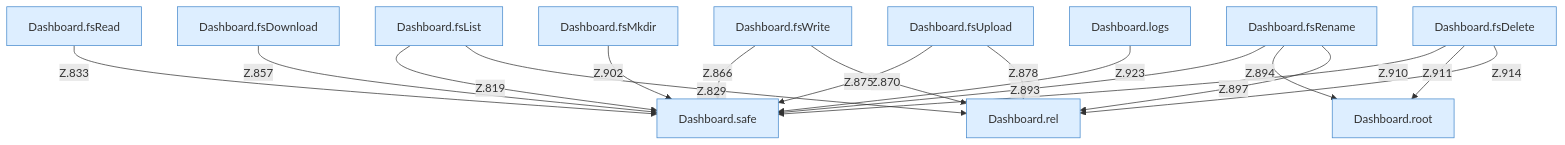
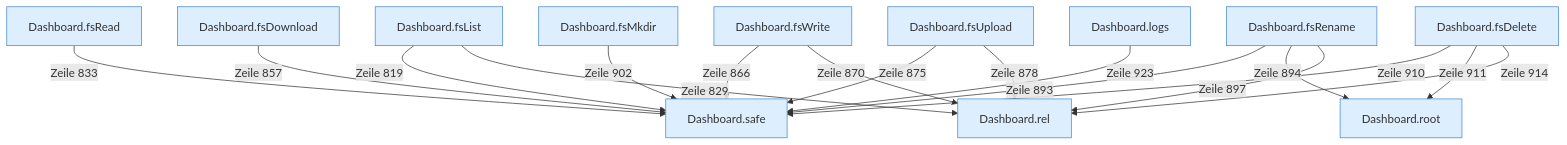
Before and after one commit to PrinceDiamant/minecraft-serverhoster-plugin: the diagram in API-Dateien.md, drawn with Mermaid. The commit also changed other lines of this file and 2005 other files, not shown here.

````diff
--- a/API-Dateien.md
+++ b/API-Dateien.md
@@ -5,33 +5,33 @@
 ```mermaid
 flowchart TD
   n1["Dashboard.root"]:::internal-link
   n2["Dashboard.safe"]:::internal-link
   n3["Dashboard.rel"]:::internal-link
   n4["Dashboard.fsList"]:::internal-link
   n5["Dashboard.fsRead"]:::internal-link
   n6["Dashboard.fsDownload"]:::internal-link
   n7["Dashboard.fsWrite"]:::internal-link
   n8["Dashboard.fsUpload"]:::internal-link
   n9["Dashboard.fsRename"]:::internal-link
   n10["Dashboard.fsMkdir"]:::internal-link
   n11["Dashboard.fsDelete"]:::internal-link
   n12["Dashboard.logs"]:::internal-link
-  n4 -->|"Z.819"| n2
-  n4 -->|"Z.829"| n3
-  n5 -->|"Z.833"| n2
-  n6 -->|"Z.857"| n2
-  n7 -->|"Z.866"| n2
-  n7 -->|"Z.870"| n3
-  n8 -->|"Z.875"| n2
-  n8 -->|"Z.878"| n3
-  n9 -->|"Z.893"| n2
-  n9 -->|"Z.894"| n1
-  n9 -->|"Z.897"| n3
-  n10 -->|"Z.902"| n2
-  n11 -->|"Z.910"| n2
-  n11 -->|"Z.911"| n1
-  n11 -->|"Z.914"| n3
-  n12 -->|"Z.923"| n2
+  n4 -->|"Zeile 819"| n2
+  n4 -->|"Zeile 829"| n3
+  n5 -->|"Zeile 833"| n2
+  n6 -->|"Zeile 857"| n2
+  n7 -->|"Zeile 866"| n2
+  n7 -->|"Zeile 870"| n3
+  n8 -->|"Zeile 875"| n2
+  n8 -->|"Zeile 878"| n3
+  n9 -->|"Zeile 893"| n2
+  n9 -->|"Zeile 894"| n1
+  n9 -->|"Zeile 897"| n3
+  n10 -->|"Zeile 902"| n2
+  n11 -->|"Zeile 910"| n2
+  n11 -->|"Zeile 911"| n1
+  n11 -->|"Zeile 914"| n3
+  n12 -->|"Zeile 923"| n2
   classDef internal-link fill:#ddeeff,stroke:#4488cc
   classDef befund fill:#f88
 ```
````
